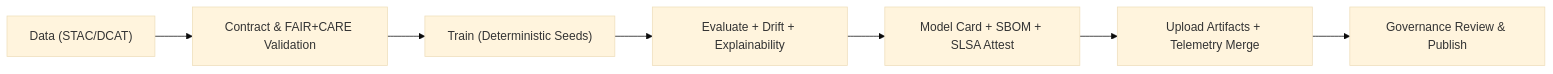
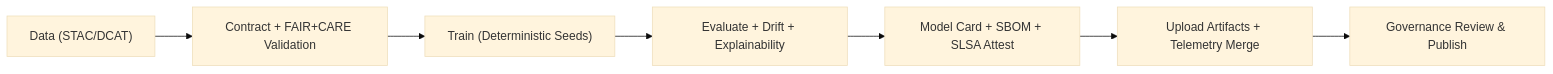
The diagram in docs/workflows/ai-train.yml.md (bartytime4life/Kansas-Frontier-Matrix), drawn with Mermaid (base theme) before and after one commit. The commit also changed other lines of this file, not shown here.

````diff
--- a/docs/workflows/ai-train.yml.md
+++ b/docs/workflows/ai-train.yml.md
@@ -276,9 +282,9 @@
 ```mermaid
 flowchart LR
-  A["Data (STAC/DCAT)"] --> B["Contract & FAIR+CARE Validation"]
+  A["Data (STAC/DCAT)"] --> B["Contract + FAIR+CARE Validation"]
   B --> C["Train (Deterministic Seeds)"]
   C --> D["Evaluate + Drift + Explainability"]
   D --> E["Model Card + SBOM + SLSA Attest"]
   E --> F["Upload Artifacts + Telemetry Merge"]
   F --> G["Governance Review & Publish"]
 ```
````
